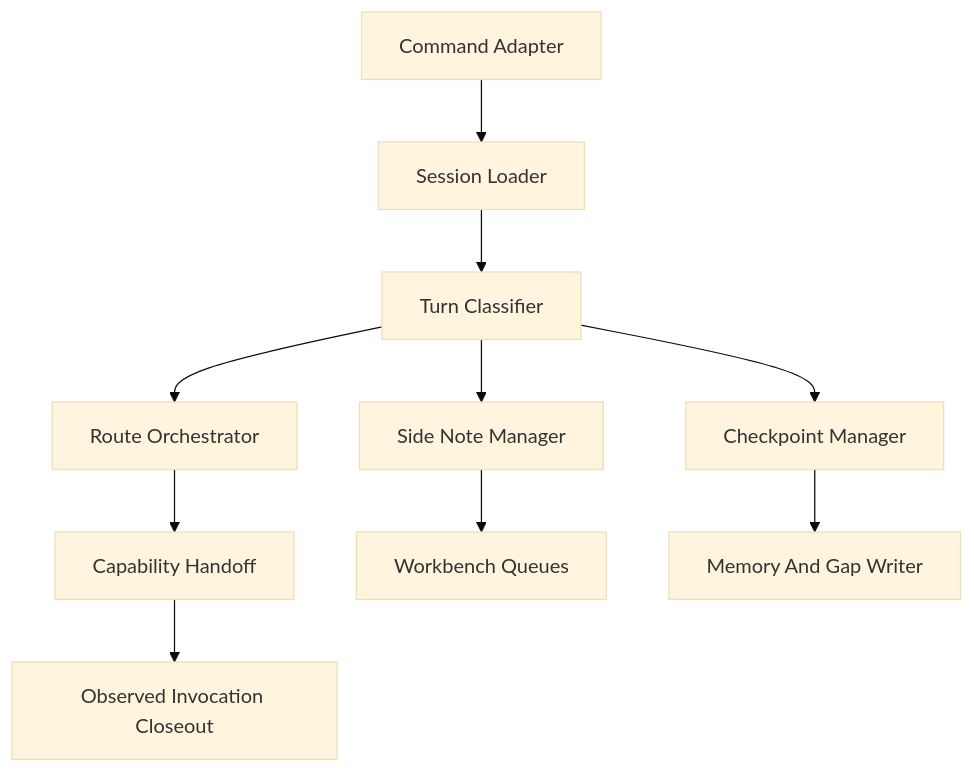
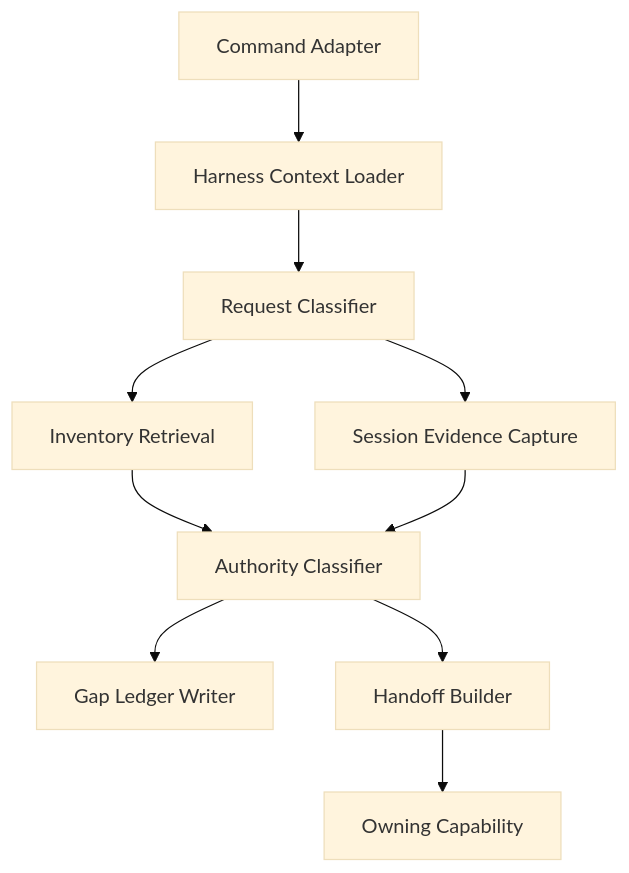
The second of 5 diagrams in spells/necronomicon/development/DESIGN.md (cyberAlchemyAI/Arcanum), drawn with Mermaid (base theme) before and after one commit. The commit also changed other lines of this file and 16 other files, not shown here.

````diff
--- a/spells/necronomicon/development/DESIGN.md
+++ b/spells/necronomicon/development/DESIGN.md
@@ -57,12 +56,12 @@
 ```mermaid
 graph TD
-    A[Command Adapter] --> B[Session Loader]
-    B --> C[Turn Classifier]
-    C --> D[Route Orchestrator]
-    C --> E[Side Note Manager]
-    C --> F[Checkpoint Manager]
-    D --> G[Capability Handoff]
-    E --> H[Workbench Queues]
-    F --> I[Memory And Gap Writer]
-    G --> J[Observed Invocation Closeout]
+    A[Command Adapter] --> B[Harness Context Loader]
+    B --> C[Request Classifier]
+    C --> D[Inventory Retrieval]
+    C --> E[Session Evidence Capture]
+    D --> F[Authority Classifier]
+    E --> F
+    F --> G[Gap Ledger Writer]
+    F --> H[Handoff Builder]
+    H --> I[Owning Capability]
 ```
````
